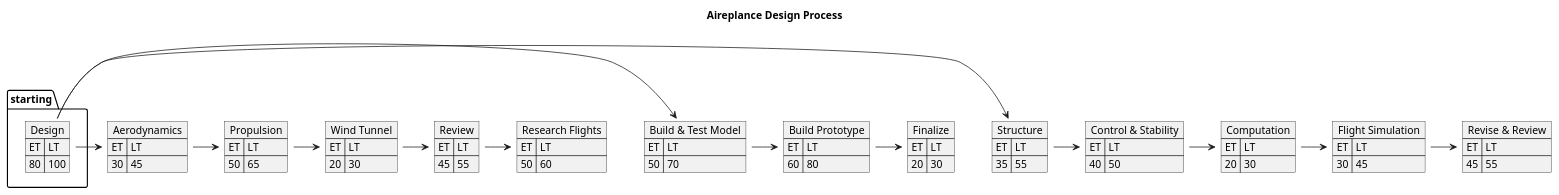
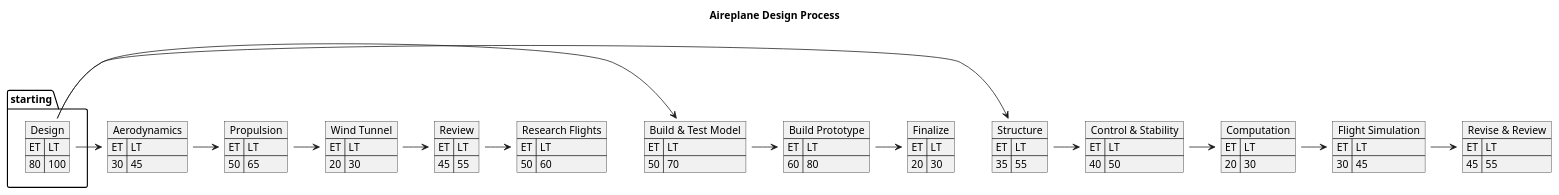
The diagram in 04_object_diagram/04_07-2.puml (yasenstar/PlantUML_in_Action), drawn with PlantUML before and after one commit. The commit also changed 7 other files, not shown here.

```diff
--- a/04_object_diagram/04_07-2.puml
+++ b/04_object_diagram/04_07-2.puml
@@ -1,84 +1,84 @@
 @startuml PERT
-title Aireplance Design Process
+title Aireplane Design Process
 
 'defintion of tasks
 
 package starting {
     map "Design" as t1 {
     ET => LT
     80 => 100
     }
 }
 
 map "Aerodynamics" as t2 {
     ET => LT
     30 => 45
 }
 map "Propulsion" as t3 {
     ET => LT
     50 => 65
 }
 map "Wind Tunnel" as t4 {
     ET => LT
     20 => 30
 }
 map "Review" as t5 {
     ET => LT
     45 => 55
 }
 map "Research Flights" as t6 {
     ET => LT
     50 => 60
 }
 map "Build & Test Model" as t7 {
     ET => LT
     50 => 70
 }
 map "Build Prototype" as t8 {
     ET => LT
     60 => 80
 }
 map "Finalize" as t9 {
     ET => LT
     20 => 30
 }
 map "Structure" as t10 {
     ET => LT
     35 => 55
 }
 map "Control & Stability" as t11 {
     ET => LT
     40 => 50
 }
 map "Computation" as t12 {
     ET => LT
     20 => 30
 }
 map "Flight Simulation" as t13 {
     ET => LT
     30 => 45
 }
 map "Revise & Review" as t14 {
     ET => LT
     45 => 55
 }
 
 'relationships
 t1 -> t2
 t1 -> t7
 t1 -> t10
 
 t2 -> t3
 t3 -> t4
 t4 -> t5
 t5 -> t6
 
 t7 -> t8
 t8 -> t9
 
 t10 -> t11
 t11 -> t12
 t12 -> t13
 t13 -> t14
 
 @enduml
```
